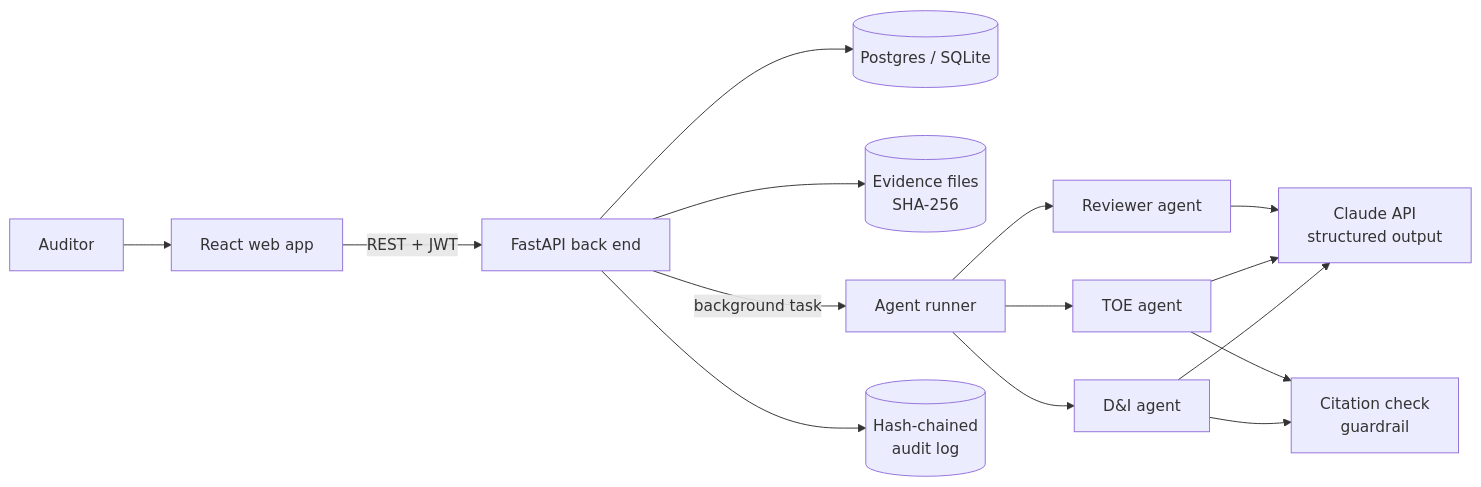
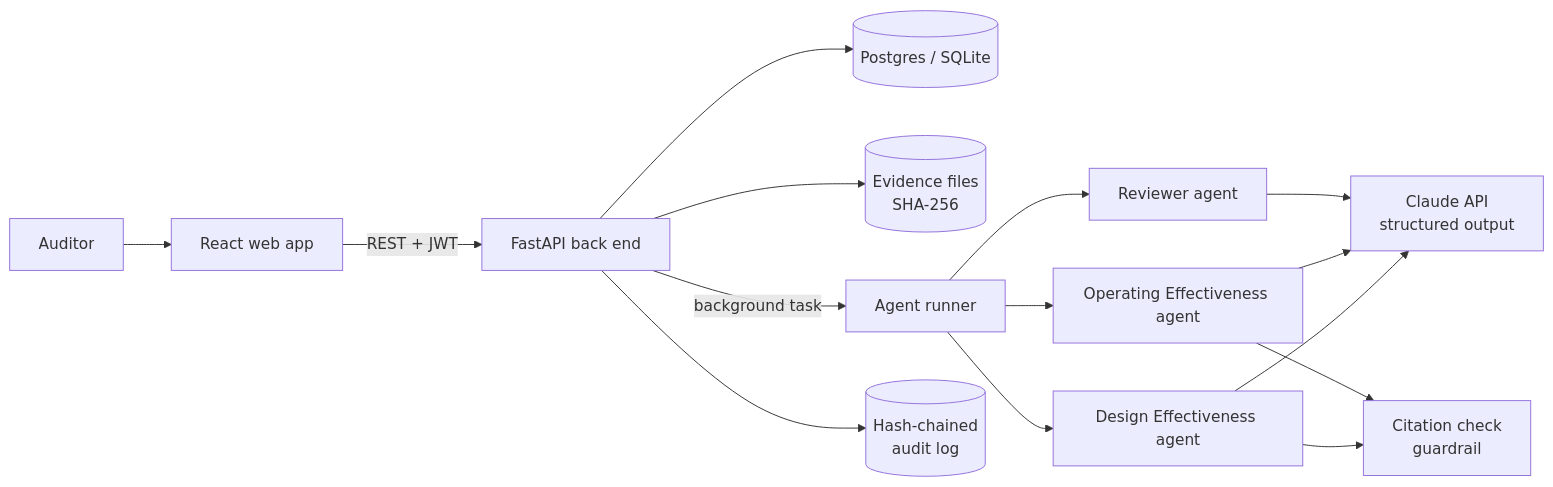
The first of 2 diagrams in README.md (Shiripatel/controllens), drawn with Mermaid before and after one commit. The commit also changed other lines of this file and 29 other files, not shown here.

First line of the commit message:
Rename D&I/TOE to standard Design Effectiveness (DE) and Operating Effectiveness (OE)

````diff
--- a/README.md
+++ b/README.md
@@ -102,14 +104,14 @@
 ```mermaid
 flowchart LR
     U[Auditor] --> W[React web app]
     W -->|REST + JWT| A[FastAPI back end]
     A --> D[(Postgres / SQLite)]
     A --> F[(Evidence files<br/>SHA-256)]
     A -->|background task| R[Agent runner]
-    R --> G1[D&I agent]
-    R --> G2[TOE agent]
+    R --> G1[Design Effectiveness agent]
+    R --> G2[Operating Effectiveness agent]
     R --> G3[Reviewer agent]
     G1 & G2 & G3 --> L[Claude API<br/>structured output]
     G1 & G2 --> C[Citation check<br/>guardrail]
     A --> T[(Hash-chained<br/>audit log)]
 ```
````
